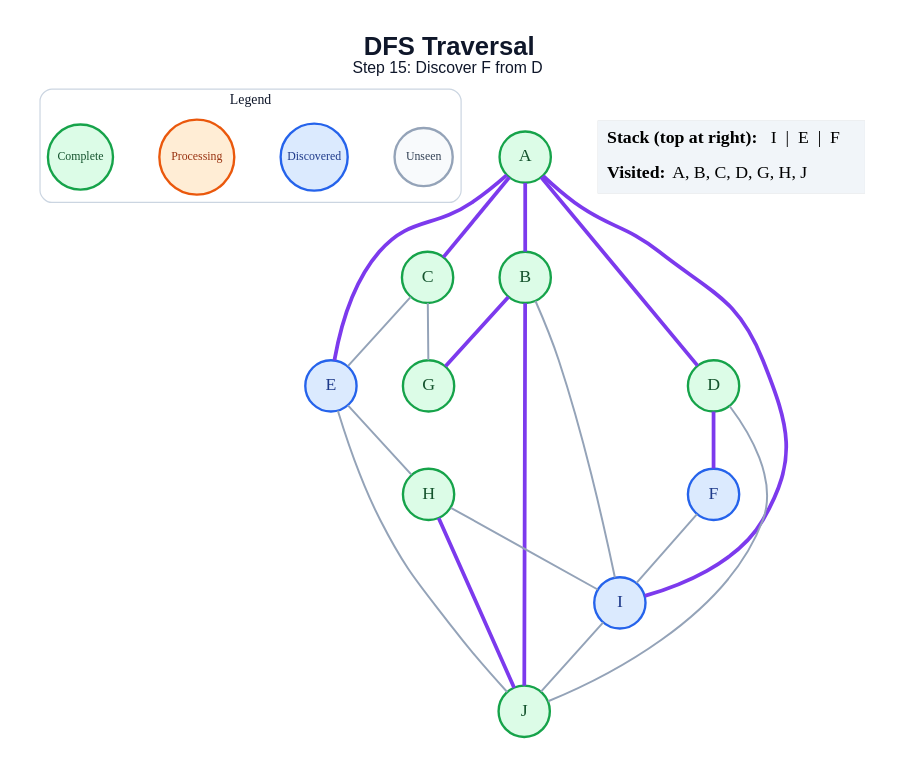
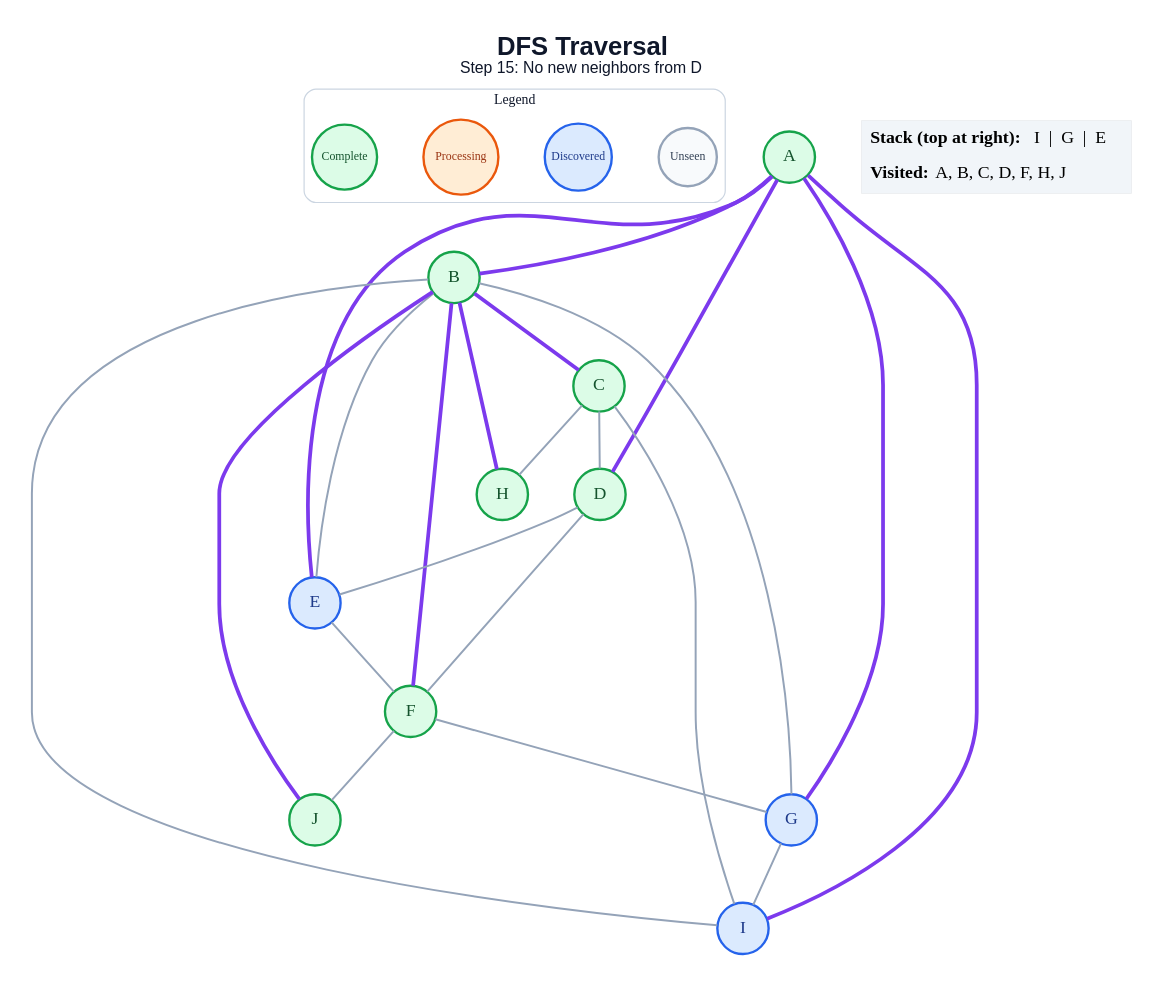
One commit to amanghodawala9/ai-slop changed the diagram in generated/dfs/step_15.dot. Above: the diagram before and after it, drawn with Graphviz. The commit also changed 178 other files, not shown here.

```diff
--- a/generated/dfs/step_15.dot
+++ b/generated/dfs/step_15.dot
@@ -1,47 +1,50 @@
 graph traversal {
   graph [layout=dot, rankdir=TB, bgcolor="#FFFFFF", pad="0.35", nodesep="0.65", ranksep="0.8", fontname="Arial"];
   node [shape=circle, style="filled", fontname="Arial Bold", fontsize=18, width=0.72, fixedsize=true, penwidth=2.4];
   edge [color="#94A3B8", penwidth=2.0];
-  label=<<B>DFS Traversal</B><BR/><FONT POINT-SIZE="16">Step 15: Discover F from D</FONT>>; labelloc="t"; fontsize=26; fontname="Arial"; fontcolor="#0F172A";
+  label=<<B>DFS Traversal</B><BR/><FONT POINT-SIZE="16">Step 15: No new neighbors from D</FONT>>; labelloc="t"; fontsize=26; fontname="Arial"; fontcolor="#0F172A";
   subgraph cluster_legend { label="Legend"; color="#CBD5E1"; penwidth=1.2; style="rounded"; fontsize=14; fontname="Arial Bold";
     key_unseen [label="Unseen", fillcolor="#F8FAFC", color="#94A3B8", fontcolor="#334155", fontsize=12, width=0.82];
     key_frontier [label="Discovered", fillcolor="#DBEAFE", color="#2563EB", fontcolor="#1E3A8A", fontsize=12, width=0.95];
     key_current [label="Processing", fillcolor="#FFEDD5", color="#EA580C", fontcolor="#9A3412", fontsize=12, width=1.05];
     key_done [label="Complete", fillcolor="#DCFCE7", color="#16A34A", fontcolor="#14532D", fontsize=12, width=0.92];
     { rank=same; key_unseen; key_frontier; key_current; key_done; }
   }
   A [fillcolor="#DCFCE7", color="#16A34A", fontcolor="#14532D"];
   B [fillcolor="#DCFCE7", color="#16A34A", fontcolor="#14532D"];
   C [fillcolor="#DCFCE7", color="#16A34A", fontcolor="#14532D"];
   D [fillcolor="#DCFCE7", color="#16A34A", fontcolor="#14532D"];
   E [fillcolor="#DBEAFE", color="#2563EB", fontcolor="#1E3A8A"];
-  F [fillcolor="#DBEAFE", color="#2563EB", fontcolor="#1E3A8A"];
-  G [fillcolor="#DCFCE7", color="#16A34A", fontcolor="#14532D"];
+  F [fillcolor="#DCFCE7", color="#16A34A", fontcolor="#14532D"];
+  G [fillcolor="#DBEAFE", color="#2563EB", fontcolor="#1E3A8A"];
   H [fillcolor="#DCFCE7", color="#16A34A", fontcolor="#14532D"];
   I [fillcolor="#DBEAFE", color="#2563EB", fontcolor="#1E3A8A"];
   J [fillcolor="#DCFCE7", color="#16A34A", fontcolor="#14532D"];
   A -- B [color="#7C3AED", penwidth=3.8];
-  A -- C [color="#7C3AED", penwidth=3.8];
   A -- D [color="#7C3AED", penwidth=3.8];
   A -- E [color="#7C3AED", penwidth=3.8];
+  A -- G [color="#7C3AED", penwidth=3.8];
   A -- I [color="#7C3AED", penwidth=3.8];
-  B -- G [color="#7C3AED", penwidth=3.8];
+  B -- C [color="#7C3AED", penwidth=3.8];
+  B -- E;
+  B -- F [color="#7C3AED", penwidth=3.8];
+  B -- G;
+  B -- H [color="#7C3AED", penwidth=3.8];
   B -- I;
   B -- J [color="#7C3AED", penwidth=3.8];
-  C -- E;
-  C -- G;
-  D -- F [color="#7C3AED", penwidth=3.8];
-  D -- J;
-  E -- H;
-  E -- J;
-  F -- I;
-  H -- I;
-  H -- J [color="#7C3AED", penwidth=3.8];
-  I -- J;
+  C -- D;
+  C -- H;
+  C -- I;
+  D -- E;
+  D -- F;
+  E -- F;
+  F -- G;
+  F -- J;
+  G -- I;
   status [shape=plain, fixedsize=false, width=0, height=0, margin=0, label=<
     <TABLE BORDER="0" CELLBORDER="0" CELLPADDING="7" BGCOLOR="#F1F5F9">
-      <TR><TD ALIGN="LEFT"><B>Stack (top at right):</B> I  |  E  |  F</TD></TR>
-      <TR><TD ALIGN="LEFT"><B>Visited:</B> A, B, C, D, G, H, J</TD></TR>
+      <TR><TD ALIGN="LEFT"><B>Stack (top at right):</B> I  |  G  |  E</TD></TR>
+      <TR><TD ALIGN="LEFT"><B>Visited:</B> A, B, C, D, F, H, J</TD></TR>
     </TABLE>
   >];
 }
```
